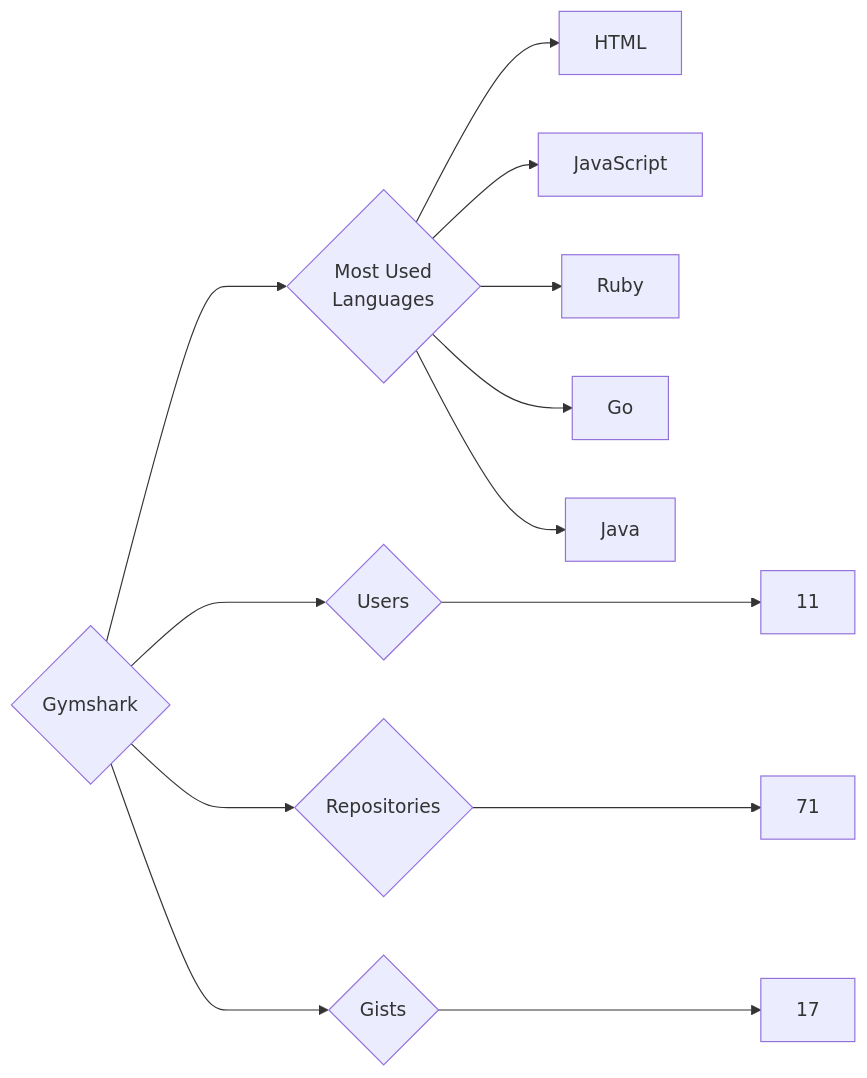
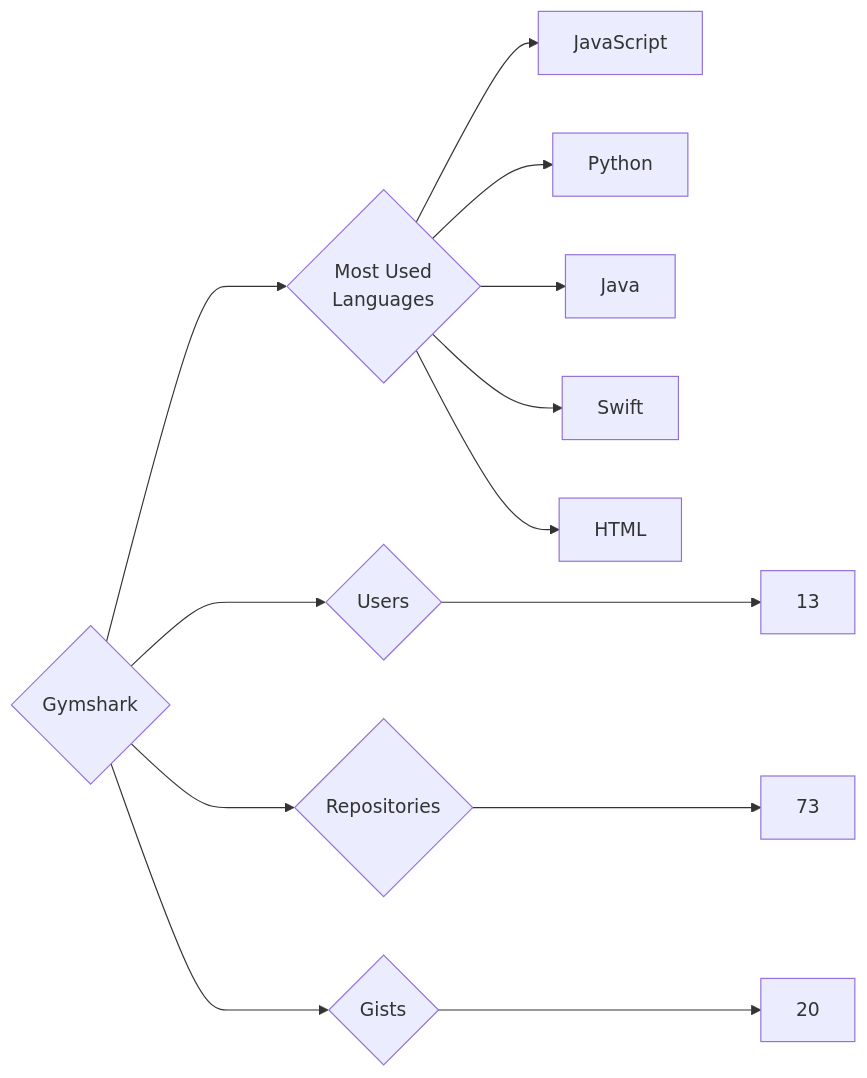
Before and after one commit to trickest/insiders: the diagram in targets/Gymshark/README.md, drawn with Mermaid. The commit also changed 927 other files, not shown here.

````diff
--- a/targets/Gymshark/README.md
+++ b/targets/Gymshark/README.md
@@ -3,13 +3,13 @@
 ```mermaid
 graph LR
 COMPANY_NAME{Gymshark}
-COMPANY_NAME ---> U{Users} ---> UN[11]
-COMPANY_NAME ---> R{Repositories} ---> RN[71]
-COMPANY_NAME ---> G{Gists} ---> GN[17]
+COMPANY_NAME ---> U{Users} ---> UN[13]
+COMPANY_NAME ---> R{Repositories} ---> RN[73]
+COMPANY_NAME ---> G{Gists} ---> GN[20]
 COMPANY_NAME ---> ML{Most Used<br>Languages}
+ML --> JavaScript[JavaScript]
+ML --> Python[Python]
+ML --> Java[Java]
+ML --> Swift[Swift]
 ML --> HTML[HTML]
-ML --> JavaScript[JavaScript]
-ML --> Ruby[Ruby]
-ML --> Go[Go]
-ML --> Java[Java]
 ```
````
